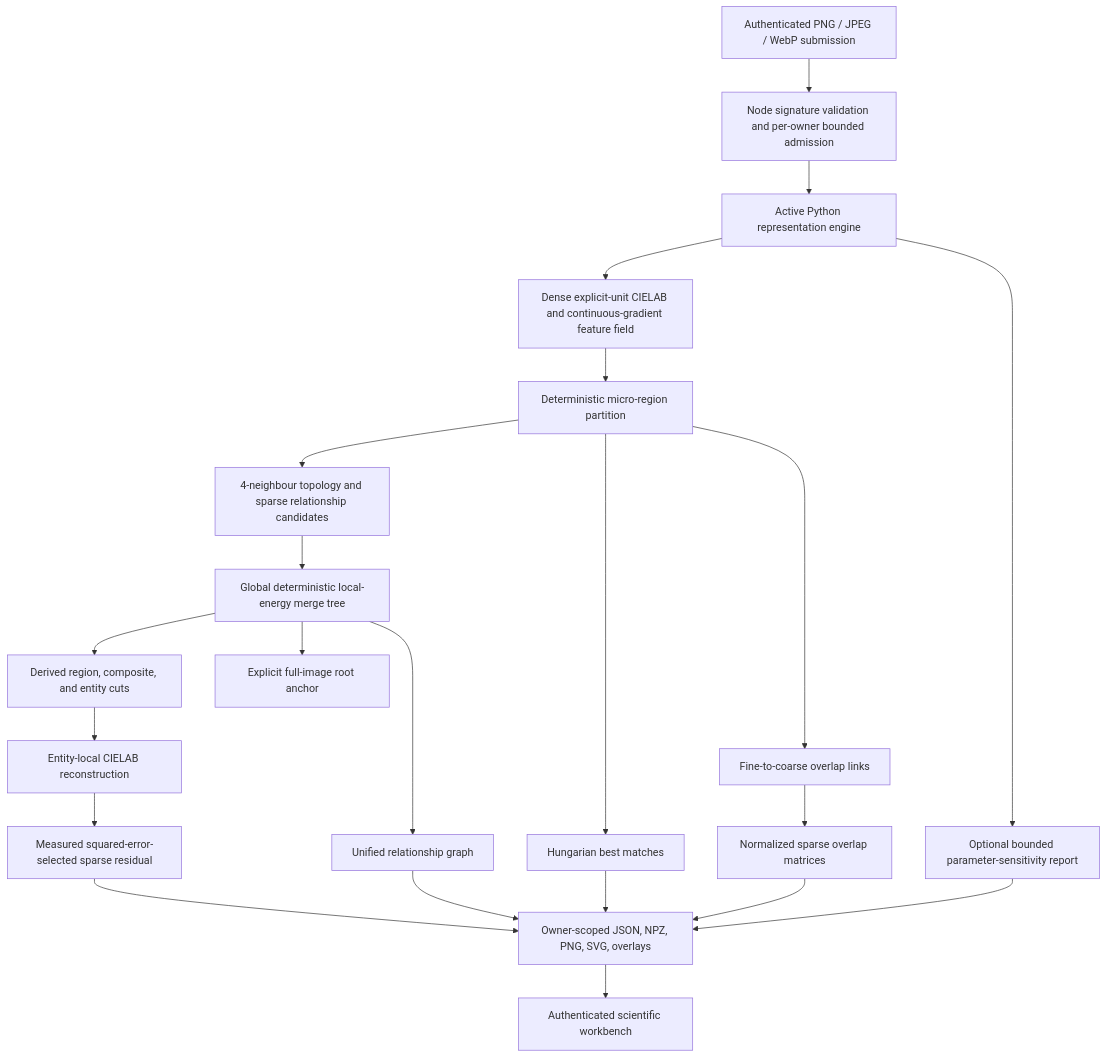
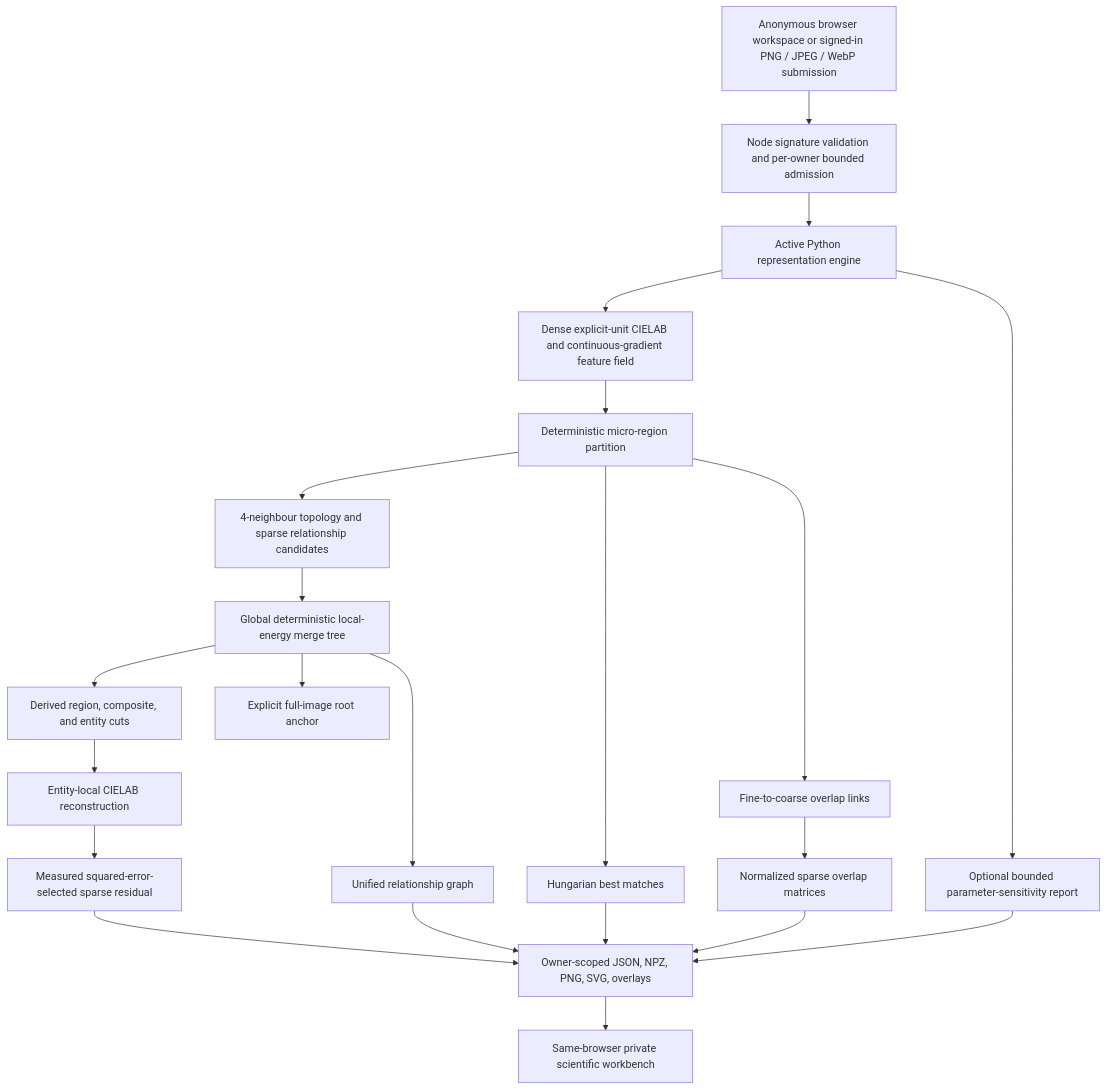
One commit to TANMOY-SARKAR-cmd/hierarchical-image-representation changed the diagram in docs/architecture.md. Above: the diagram before and after it, drawn with Mermaid. The commit also changed other lines of this file and 17 other files, not shown here.

````diff
--- a/docs/architecture.md
+++ b/docs/architecture.md
@@ -3,24 +3,24 @@
 ```mermaid
 flowchart TD
-  U[Authenticated PNG / JPEG / WebP submission] --> N[Node signature validation and per-owner bounded admission]
+  U[Anonymous browser workspace or signed-in PNG / JPEG / WebP submission] --> N[Node signature validation and per-owner bounded admission]
   N --> P[Active Python representation engine]
   P --> F[Dense explicit-unit CIELAB and continuous-gradient feature field]
   F --> S[Deterministic micro-region partition]
   S --> R[4-neighbour topology and sparse relationship candidates]
   R --> E[Global deterministic local-energy merge tree]
   E --> C[Derived region, composite, and entity cuts]
   E --> H[Explicit full-image root anchor]
   S --> M[Hungarian best matches]
   S --> O[Fine-to-coarse overlap links]
   O --> OM[Normalized sparse overlap matrices]
   C --> D[Entity-local CIELAB reconstruction]
   D --> B[Measured squared-error-selected sparse residual]
   P --> Q[Optional bounded parameter-sensitivity report]
   E --> G[Unified relationship graph]
   G --> X[Owner-scoped JSON, NPZ, PNG, SVG, overlays]
   M --> X
   OM --> X
   B --> X
   Q --> X
-  X --> W[Authenticated scientific workbench]
+  X --> W[Same-browser private scientific workbench]
 ```
````
